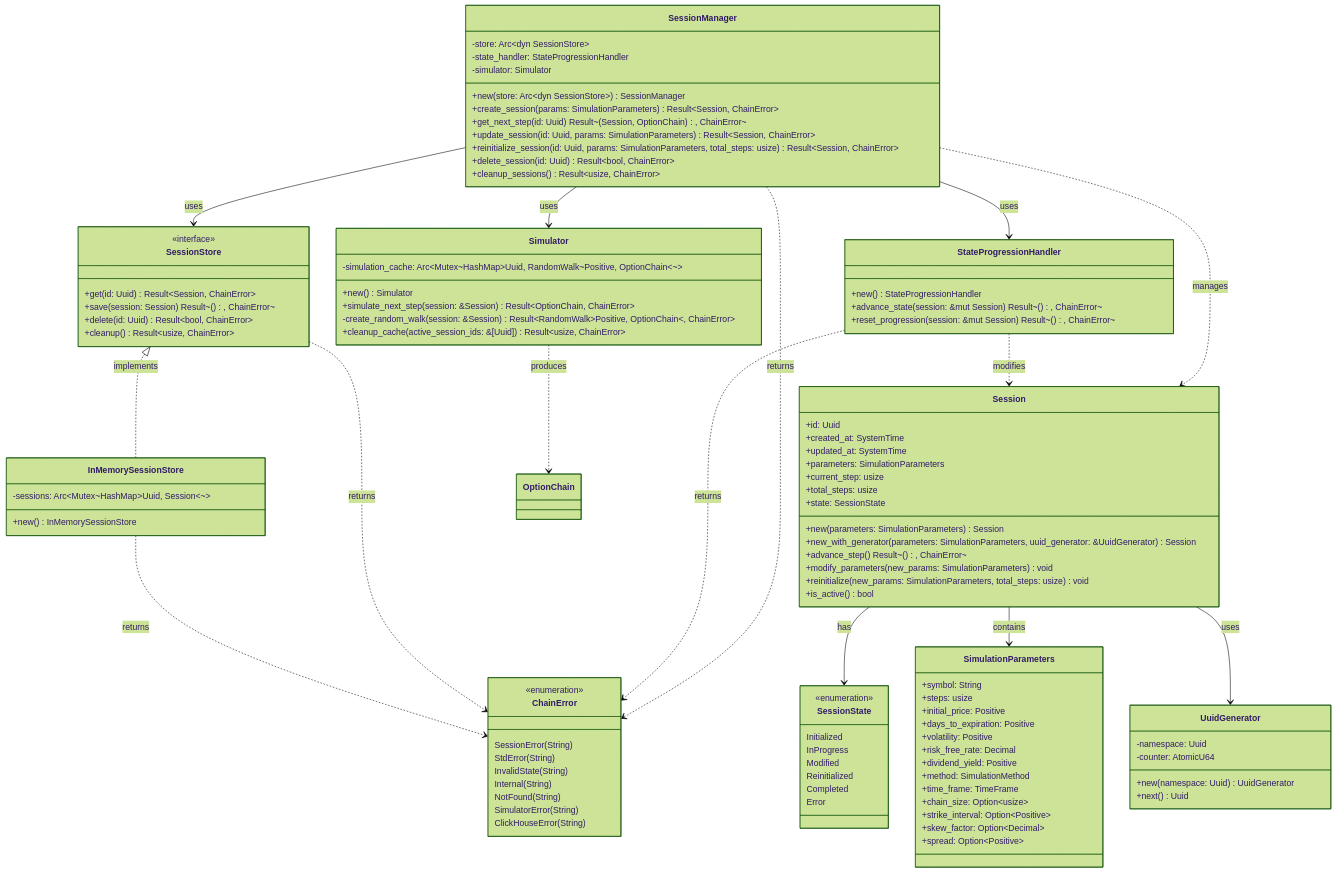
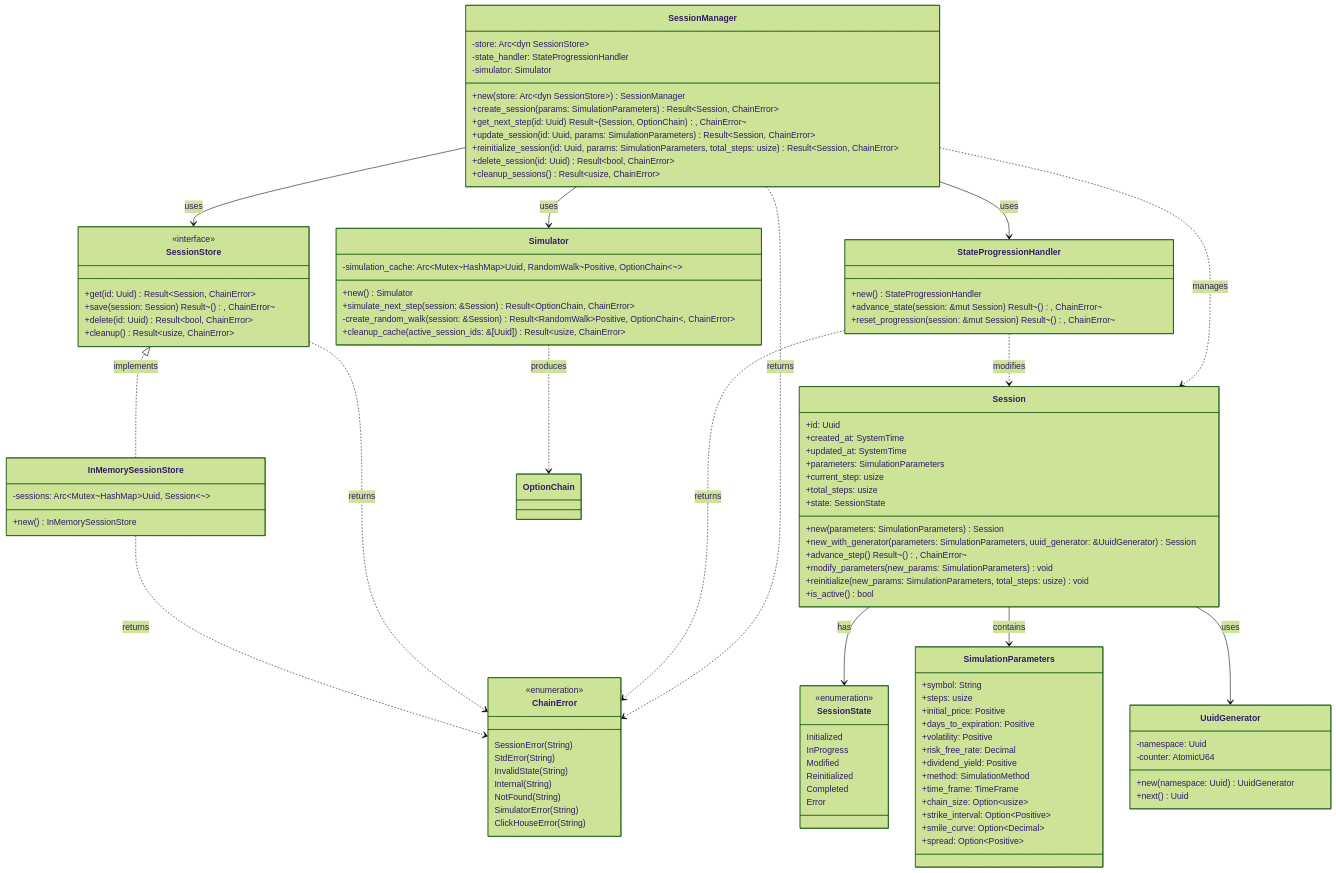
The diagram in doc/session/manager.md (joaquinbejar/OptionChain-Simulator), drawn with Mermaid (forest theme) before and after one commit. The commit also changed 2 other files, not shown here.

Commit message:
Rename "skew_factor" to "smile_curve" across documentation.
Updated all references of "skew_factor" to "smile_curve" for consistency. This change improves clarity and aligns terminology with the intended context in session configuration and related examples.

```diff
--- a/doc/session/manager.md
+++ b/doc/session/manager.md
@@ -61,7 +61,7 @@
         +time_frame: TimeFrame
         +chain_size: Option~usize~
         +strike_interval: Option~Positive~
-        +skew_factor: Option~Decimal~
+        +smile_curve: Option~Decimal~
         +spread: Option~Positive~
     }
     
```
